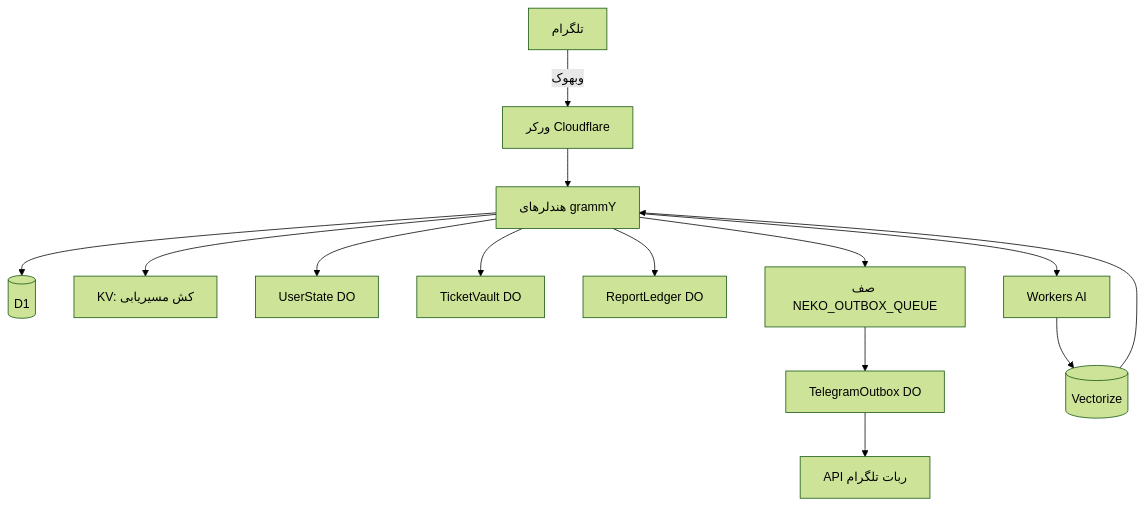
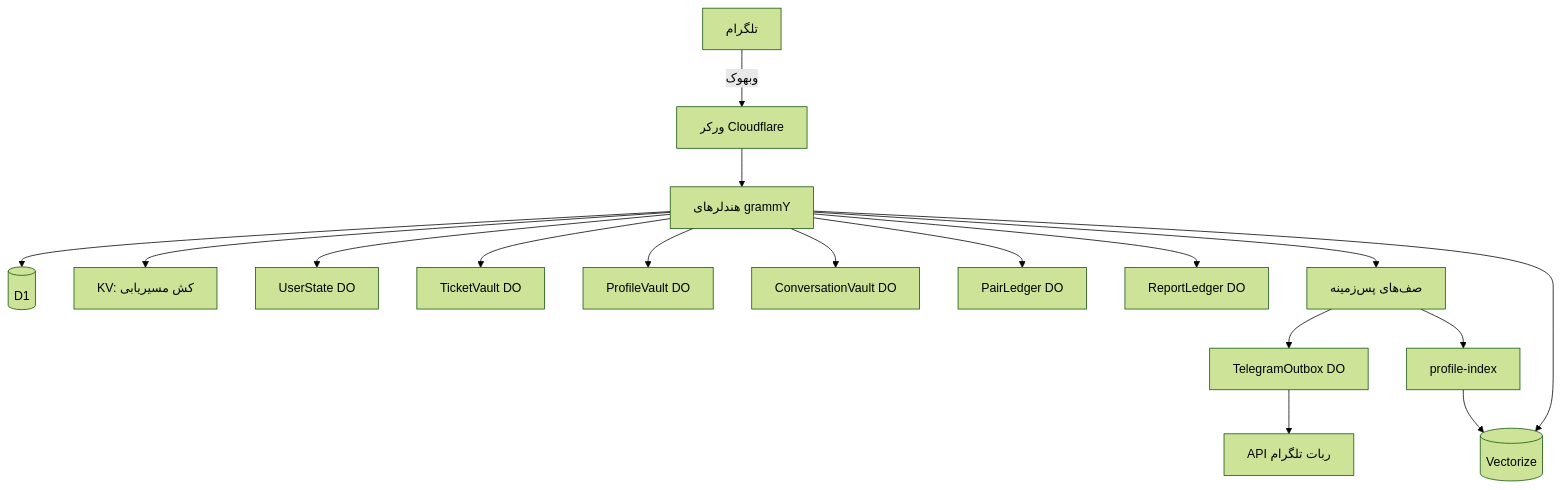
One commit to mohetios/mohetios.dev changed the sixth of 10 diagrams in content/fa/lab/nekonymous-anonymous-messaging-technical-lab.md. Above: the diagram before and after it, drawn with Mermaid (forest theme). The commit also changed other lines of this file and 1 other file, not shown here.

First line of the commit message:
docs(fa): align Nekonymous lab and blog with Conversation Suggestions V2

````diff
--- a/content/fa/lab/nekonymous-anonymous-messaging-technical-lab.md
+++ b/content/fa/lab/nekonymous-anonymous-messaging-technical-lab.md
@@ -352,19 +370,22 @@
 ```mermaid
 flowchart TD
   TG[تلگرام] -->|وبهوک| Worker[ورکر Cloudflare]
   Worker --> Grammy[هندلرهای grammY]
 
   Grammy --> D1[(D1)]
   Grammy --> KV[KV: کش مسیریابی]
   Grammy --> USDO[UserState DO]
   Grammy --> TVDO[TicketVault DO]
+  Grammy --> PVD[ProfileVault DO]
+  Grammy --> CVD[ConversationVault DO]
+  Grammy --> PLD[PairLedger DO]
   Grammy --> RLDO[ReportLedger DO]
 
-  Grammy --> Queue[صف NEKO_OUTBOX_QUEUE]
+  Grammy --> Queue[صف‌های پس‌زمینه]
   Queue --> OutboxDO[TelegramOutbox DO]
+  Queue --> ProfileIdx[profile-index]
   OutboxDO --> TGAPI[API ربات تلگرام]
 
-  Grammy --> AI[Workers AI]
-  AI --> Vectorize[(Vectorize)]
-  Vectorize --> Grammy
+  ProfileIdx --> Vectorize[(Vectorize)]
+  Grammy --> Vectorize
 ```
````
